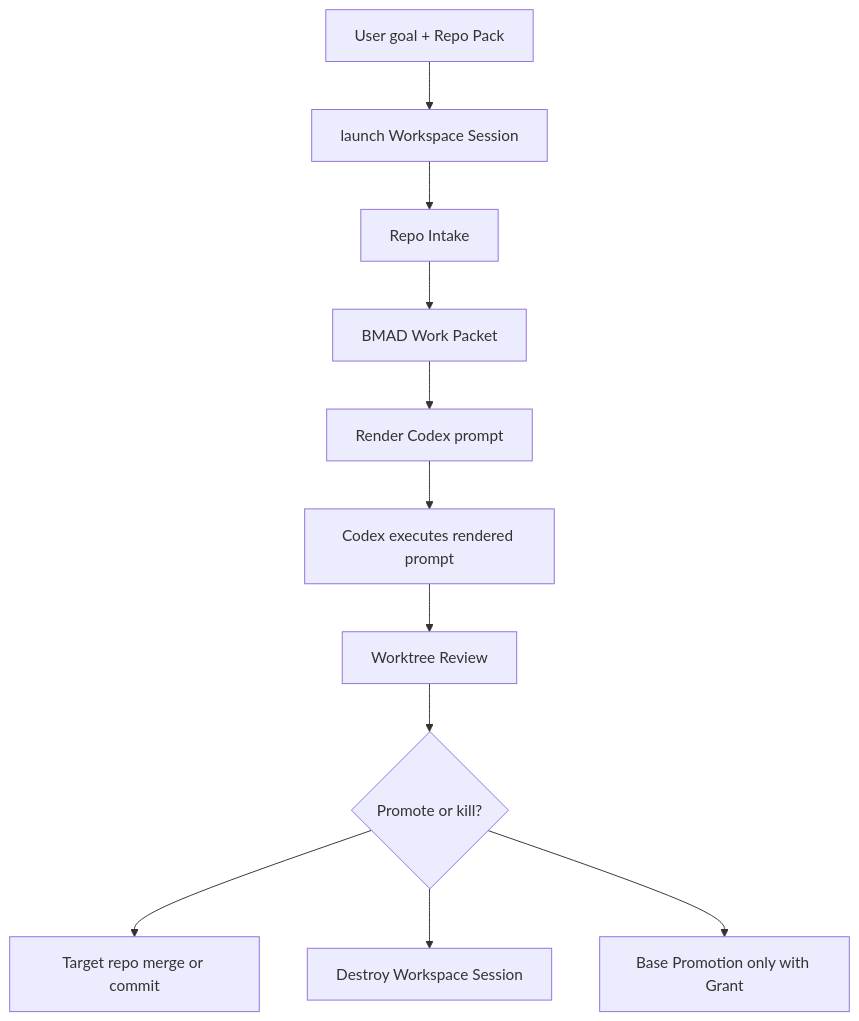
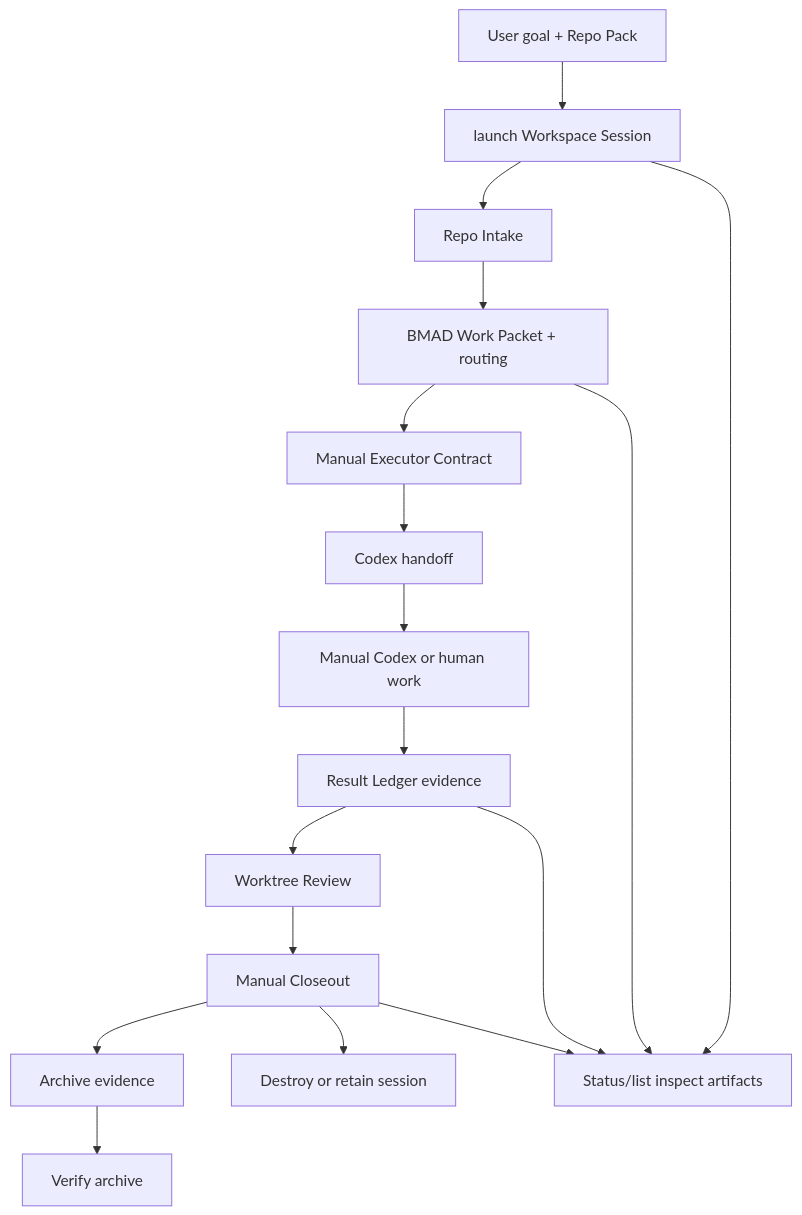
Before and after one commit to edamlmmv/BMAD-METHOD: the diagram in docs/workspace/architecture.md, drawn with Mermaid. The commit also changed other lines of this file and 11 other files, not shown here.

````diff
--- a/docs/workspace/architecture.md
+++ b/docs/workspace/architecture.md
@@ -182,13 +237,19 @@
 ```mermaid
 flowchart TD
   UserGoal["User goal + Repo Pack"] --> Launch["launch Workspace Session"]
   Launch --> Intake["Repo Intake"]
-  Intake --> Packet["BMAD Work Packet"]
-  Packet --> Prompt["Render Codex prompt"]
-  Prompt --> Execute["Codex executes rendered prompt"]
-  Execute --> Review["Worktree Review"]
-  Review --> Decision{"Promote or kill?"}
-  Decision --> Target["Target repo merge or commit"]
-  Decision --> Destroy["Destroy Workspace Session"]
-  Decision --> Base["Base Promotion only with Grant"]
+  Intake --> Packet["BMAD Work Packet + routing"]
+  Packet --> Contract["Manual Executor Contract"]
+  Contract --> Handoff["Codex handoff"]
+  Handoff --> ManualWork["Manual Codex or human work"]
+  ManualWork --> Result["Result Ledger evidence"]
+  Result --> Review["Worktree Review"]
+  Review --> Closeout["Manual Closeout"]
+  Closeout --> Archive["Archive evidence"]
+  Archive --> Verify["Verify archive"]
+  Closeout --> Destroy["Destroy or retain session"]
+  Launch --> Status["Status/list inspect artifacts"]
+  Packet --> Status
+  Result --> Status
+  Closeout --> Status
 ```
````
